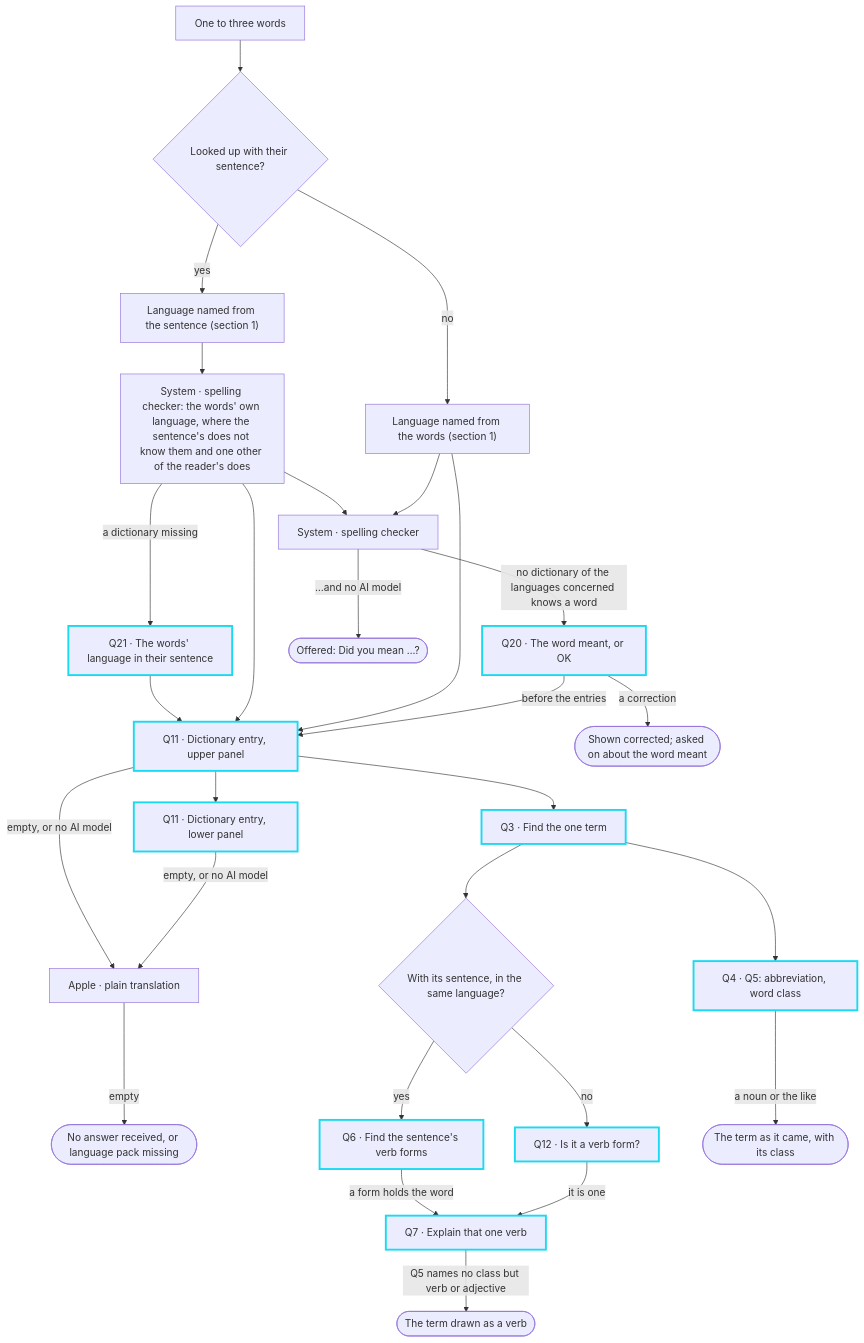
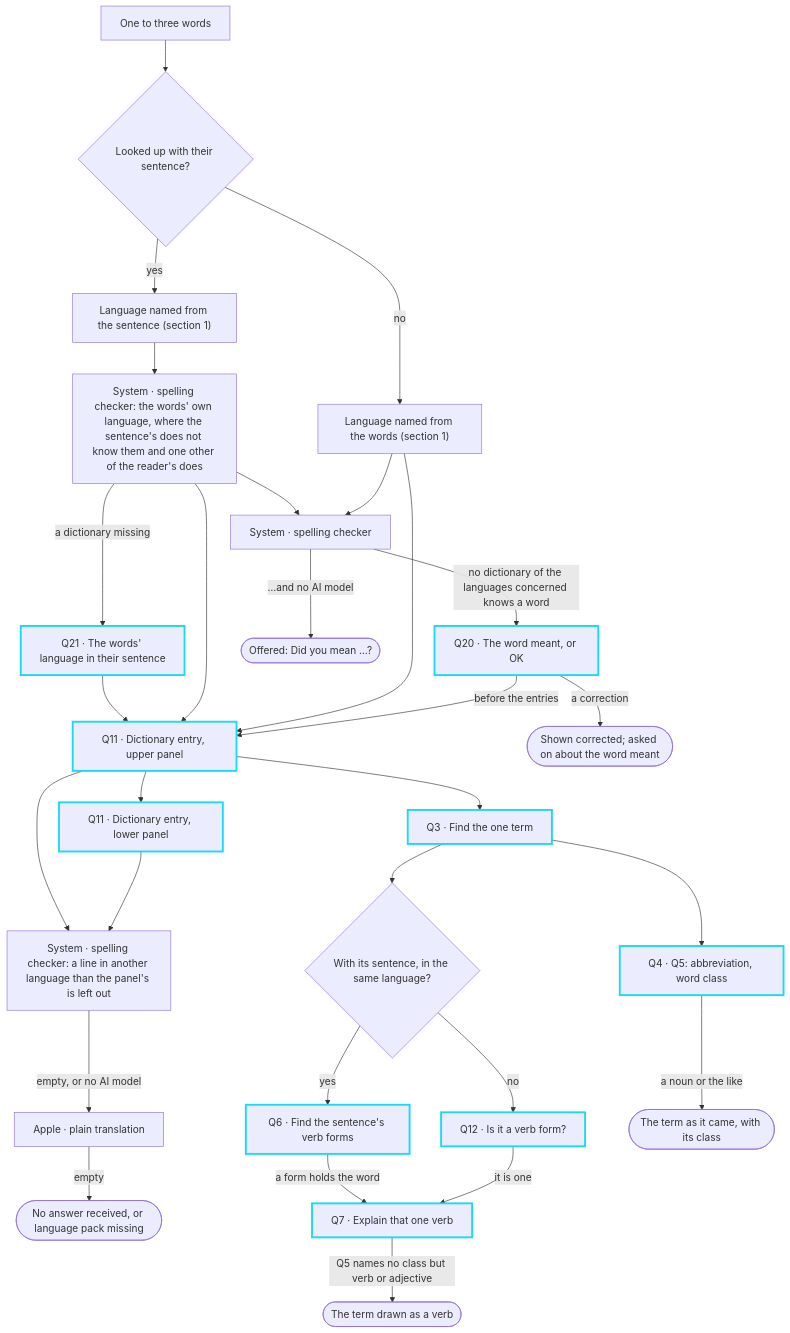
Before and after one commit to mdd335/triglosa: the fifth of 8 diagrams in docs/behind-a-translation.md, drawn with Mermaid. The commit also changed other lines of this file and 225 other files, not shown here.

````diff
--- a/docs/behind-a-translation.md
+++ b/docs/behind-a-translation.md
@@ -159,35 +159,36 @@
 ```mermaid
 flowchart TD
   W["One to three words"] --> S{"Looked up with their sentence?"}
   S -->|yes| LS["Language named from the sentence (section 1)"]
   S -->|no| LW["Language named from the words (section 1)"]
   LS --> WL["System · spelling checker: the words' own language, where the sentence's does not know them and one other of the reader's does"]
   WL -->|"a dictionary missing"| Q21["Q21 · The words' language in their sentence"]
   Q21 --> Q11
   WL --> Q11
   LW --> Q11["Q11 · Dictionary entry, upper panel"]
   WL --> SP
   LW --> SP["System · spelling checker"]
   SP -->|"no dictionary of the languages concerned knows a word"| Q20["Q20 · The word meant, or OK"]
   Q20 -->|"before the entries"| Q11
   SP -->|"…and no AI model"| OFFER(["Offered: Did you mean …?"])
   Q20 -->|"a correction"| MEANT(["Shown corrected; asked on about the word meant"])
   Q11 --> Q11B["Q11 · Dictionary entry, lower panel"]
   Q11 --> Q3S["Q3 · Find the one term"]
+  Q11 --> WR["System · spelling checker: a line in another language than the panel's is left out"]
+  Q11B --> WR
 
-  Q11 -->|"empty, or no AI model"| APS["Apple · plain translation"]
-  Q11B -->|"empty, or no AI model"| APS
+  WR -->|"empty, or no AI model"| APS["Apple · plain translation"]
   APS -->|empty| NAS(["No answer received, or language pack missing"])
 
   Q3S --> Q45["Q4 · Q5: abbreviation, word class"]
   Q3S --> VB{"With its sentence, in the same language?"}
   VB -->|yes| Q6S["Q6 · Find the sentence's verb forms"]
   VB -->|no| Q12["Q12 · Is it a verb form?"]
   Q6S -->|"a form holds the word"| Q7S["Q7 · Explain that one verb"]
   Q12 -->|"it is one"| Q7S
   Q7S -->|"Q5 names no class but verb or adjective"| ROW(["The term drawn as a verb"])
   Q45 -->|"a noun or the like"| KEEP(["The term as it came, with its class"])
 
   classDef model stroke:#18daf1,stroke-width:3px
   class Q11,Q11B,Q3S,Q45,Q6S,Q12,Q7S,Q20,Q21 model
 ```
````
